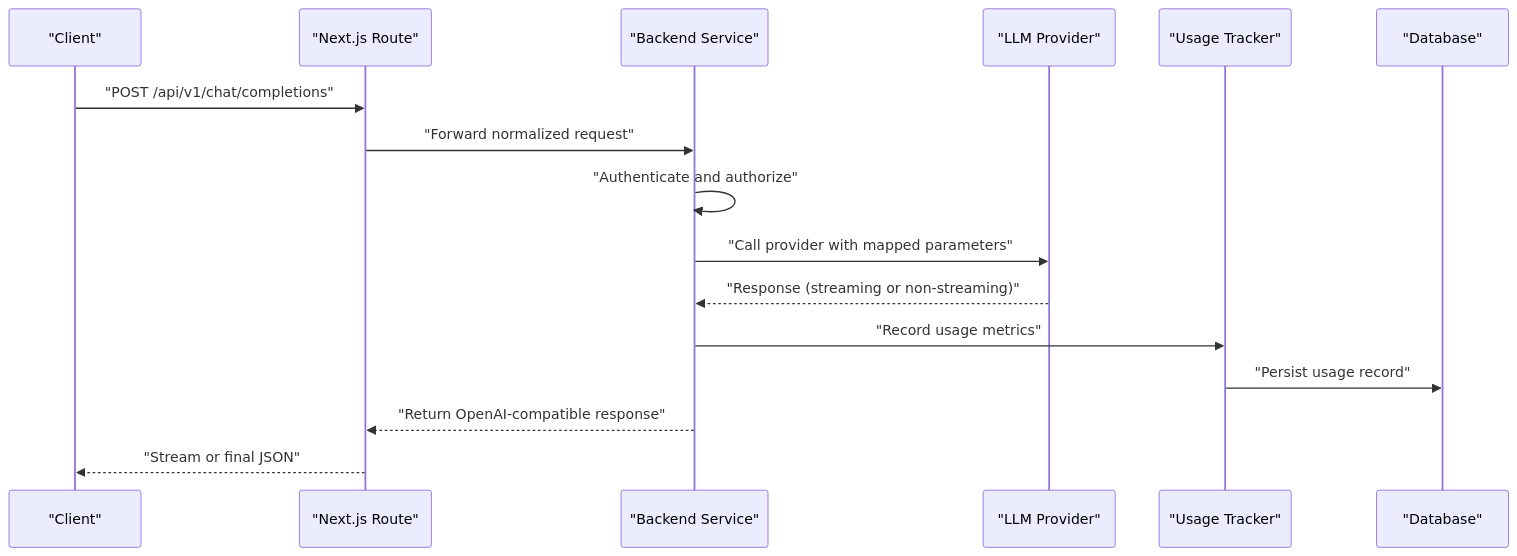
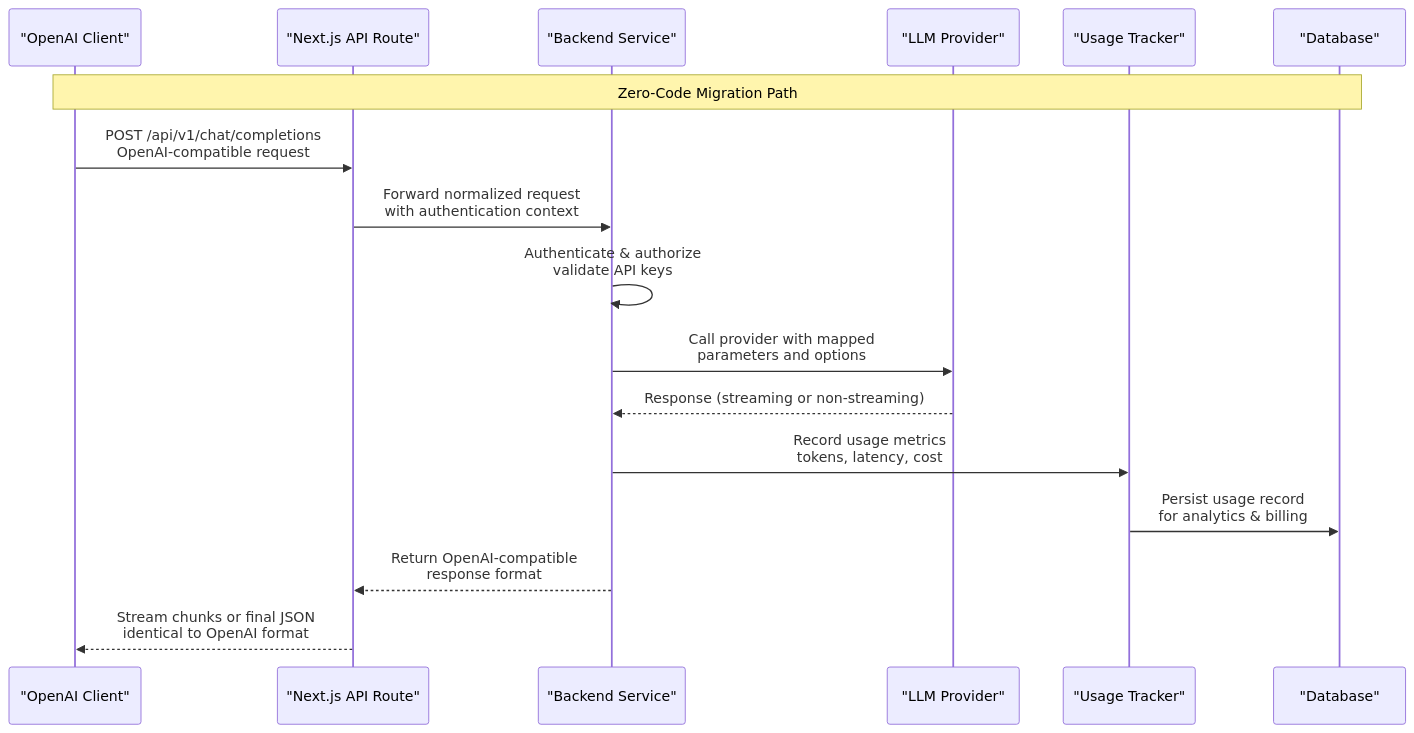
The second of 8 diagrams in .qoder/repowiki/en/content/Integration Guides/OpenAI Compatibility Layer.md (HassanAmeer/cheaprouter), drawn with Mermaid before and after one commit. The commit also changed other lines of this file and 54 other files, not shown here.

````diff
--- a/.qoder/repowiki/en/content/Integration Guides/OpenAI Compatibility Layer.md
+++ b/.qoder/repowiki/en/content/Integration Guides/OpenAI Compatibility Layer.md
@@ -93,18 +105,19 @@
 ```mermaid
 sequenceDiagram
-participant C as "Client"
-participant N as "Next.js Route"
+participant C as "OpenAI Client"
+participant N as "Next.js API Route"
 participant B as "Backend Service"
 participant P as "LLM Provider"
 participant U as "Usage Tracker"
 participant D as "Database"
-C->>N : "POST /api/v1/chat/completions"
-N->>B : "Forward normalized request"
-B->>B : "Authenticate and authorize"
-B->>P : "Call provider with mapped parameters"
-P-->>B : "Response (streaming or non-streaming)"
-B->>U : "Record usage metrics"
-U->>D : "Persist usage record"
-B-->>N : "Return OpenAI-compatible response"
-N-->>C : "Stream or final JSON"
+Note over C,D : Zero-Code Migration Path
+C->>N : POST /api/v1/chat/completions<br/>OpenAI-compatible request
+N->>B : Forward normalized request<br/>with authentication context
+B->>B : Authenticate & authorize<br/>validate API keys
+B->>P : Call provider with mapped<br/>parameters and options
+P-->>B : Response (streaming or non-streaming)
+B->>U : Record usage metrics<br/>tokens, latency, cost
+U->>D : Persist usage record<br/>for analytics & billing
+B-->>N : Return OpenAI-compatible<br/>response format
+N-->>C : Stream chunks or final JSON<br/>identical to OpenAI format
 ```
````
